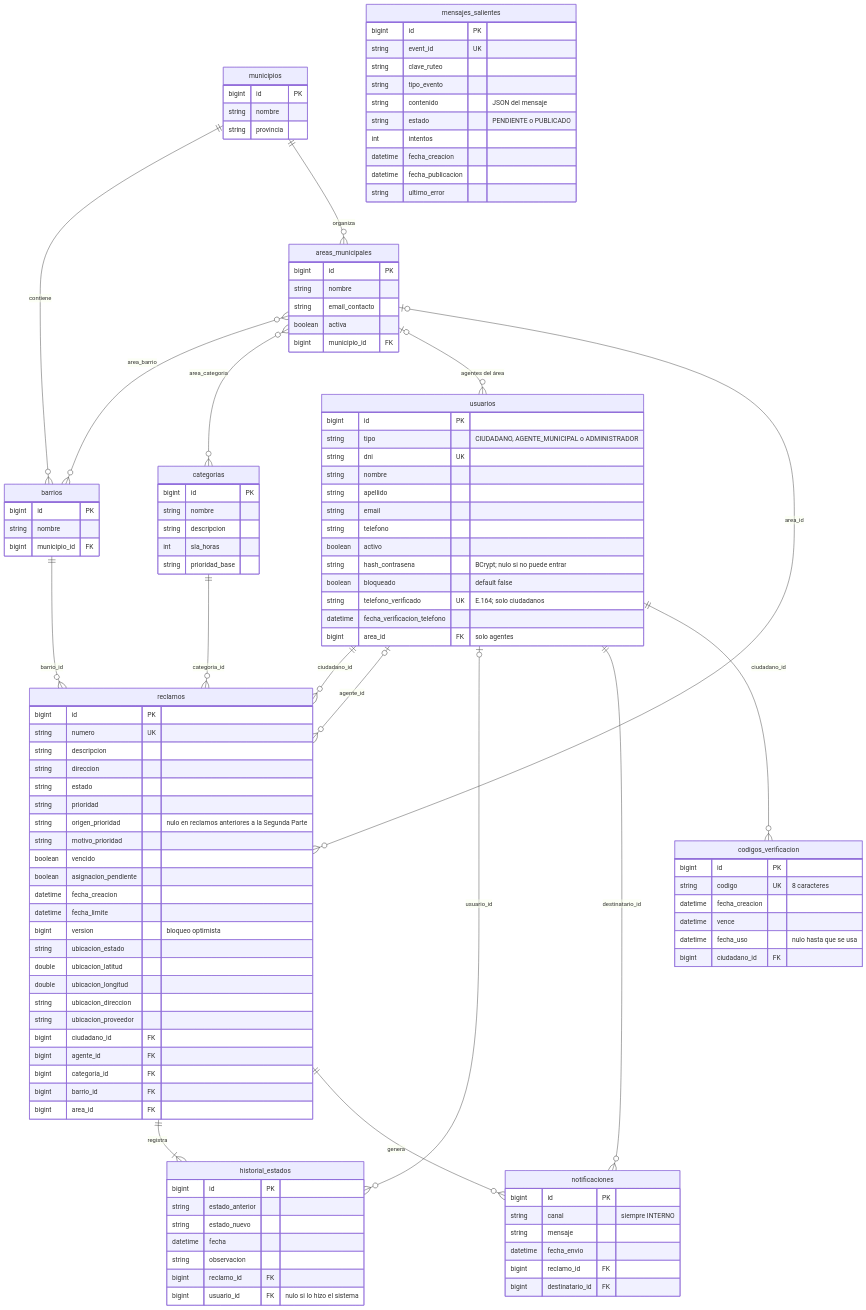
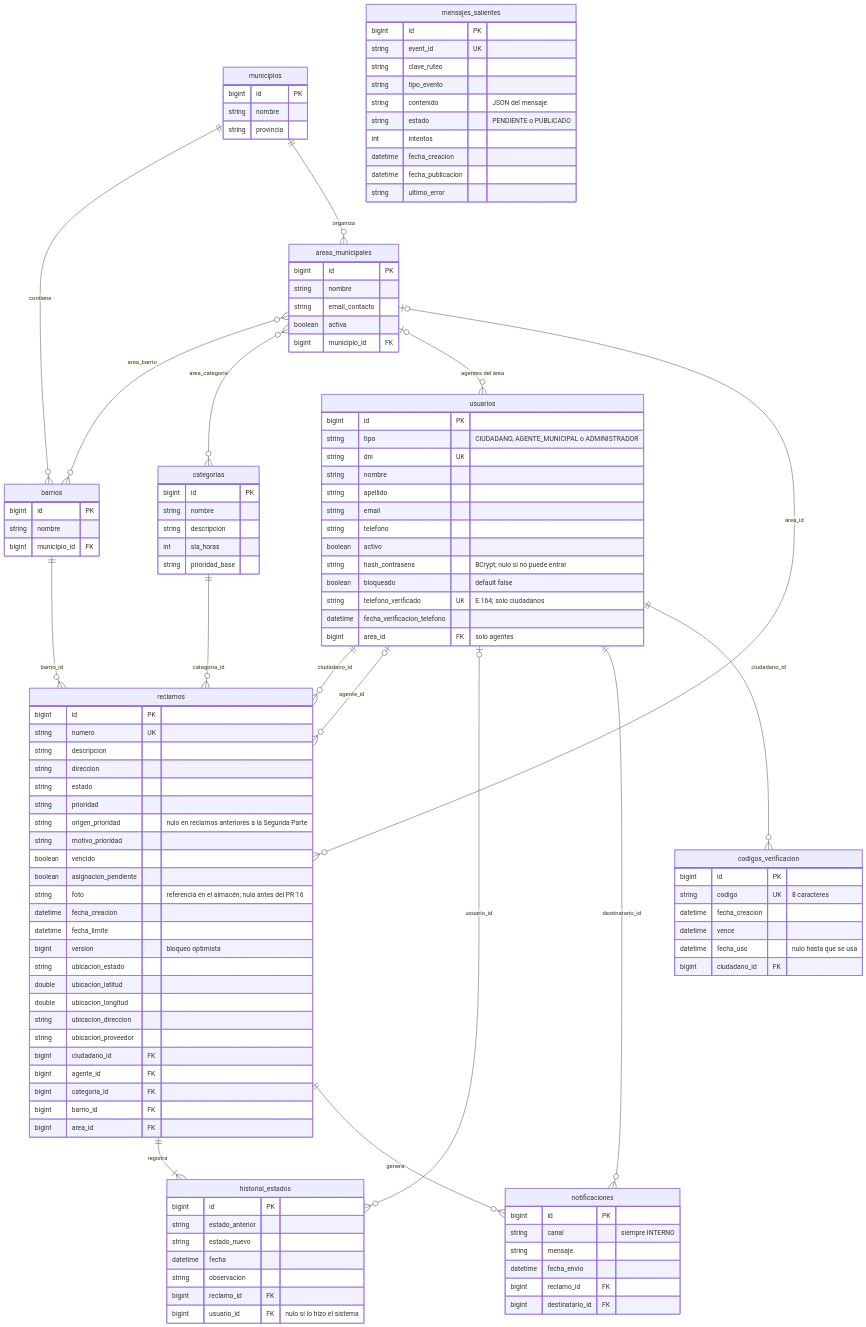
The second of 2 diagrams in docs/modelo-dominio.md (SanTegli/DesarrolloAppsIIGrupo10), drawn with Mermaid before and after one commit. The commit also changed other lines of this file and 57 other files, not shown here.

First line of the commit message:
feat: agregar foto obligatoria en el alta del reclamo

```diff
--- a/docs/modelo-dominio.md
+++ b/docs/modelo-dominio.md
@@ -283,6 +286,7 @@
     string motivo_prioridad
     boolean vencido
     boolean asignacion_pendiente
+    string foto "referencia en el almacén; nula antes del PR 16"
     datetime fecha_creacion
     datetime fecha_limite
     bigint version "bloqueo optimista"
```
